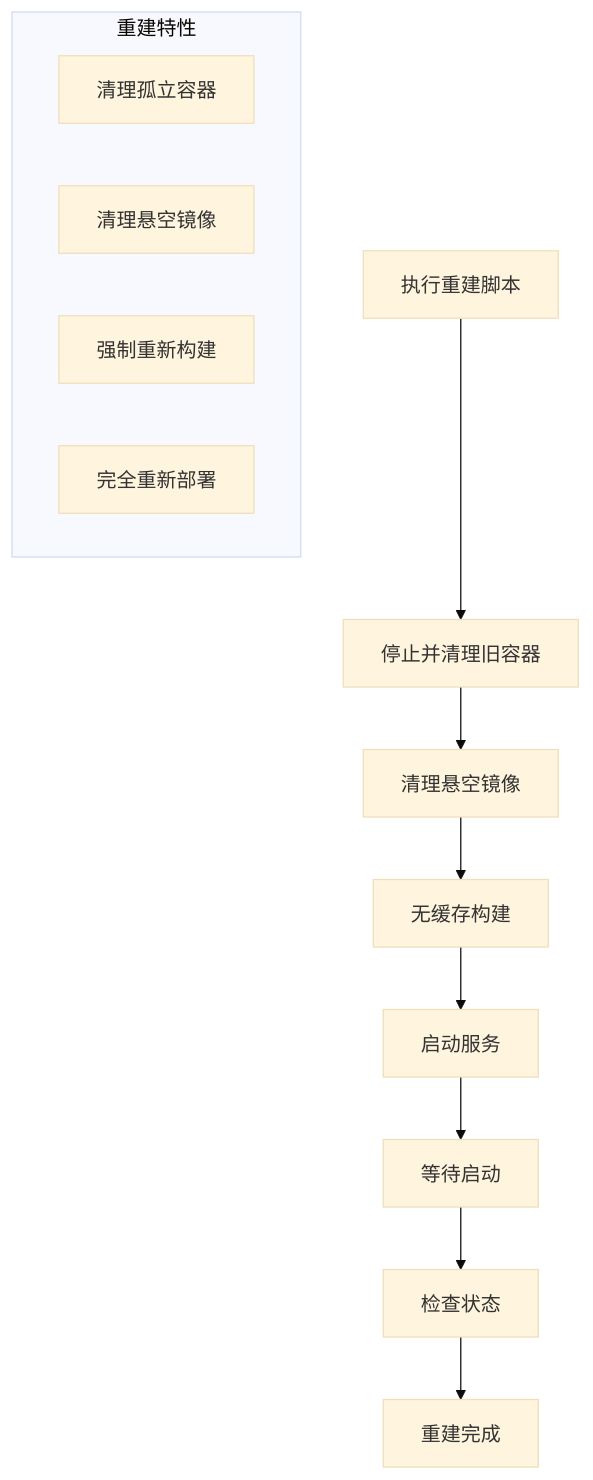
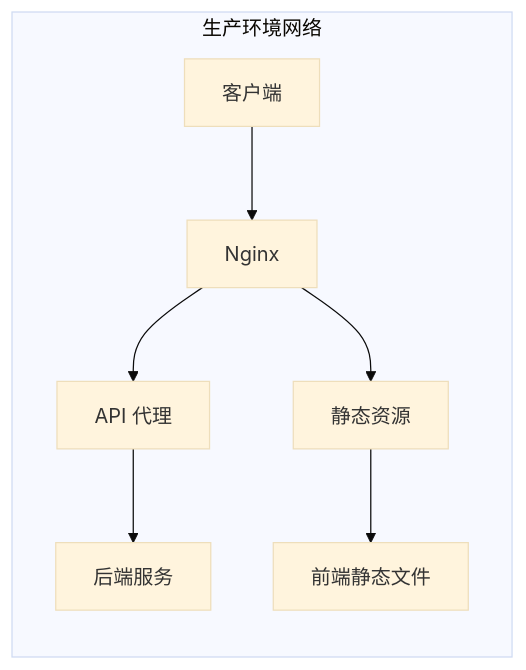
One commit to xfbyxq/ai-novel-system changed the eighth of 14 diagrams in .qoder/repowiki/zh/content/Docker Deployment.md. Above: the diagram before and after it, drawn with Mermaid (base theme). The commit also changed other lines of this file and 8 other files, not shown here.

````diff
--- a/.qoder/repowiki/zh/content/Docker Deployment.md
+++ b/.qoder/repowiki/zh/content/Docker Deployment.md
@@ -354,16 +387,10 @@
 ```mermaid
-flowchart TD
-START[执行重建脚本] --> STOP_CLEAN[停止并清理旧容器]
-STOP_CLEAN --> PRUNE_IMAGES[清理悬空镜像]
-PRUNE_IMAGES --> BUILD_NO_CACHE[无缓存构建]
-BUILD_NO_CACHE --> START_SERVICES[启动服务]
-START_SERVICES --> WAIT[等待启动]
-WAIT --> CHECK_STATUS[检查状态]
-CHECK_STATUS --> DONE[重建完成]
-subgraph "重建特性"
-ORPHAN_CLEAN[清理孤立容器]
-IMAGE_PRUNE[清理悬空镜像]
-NO_CACHE_BUILD[强制重新构建]
-CLEAN_START[完全重新部署]
+graph LR
+subgraph "生产环境网络"
+CLIENT[客户端] --> NGINX[Nginx]
+NGINX --> API[API 代理]
+NGINX --> STATIC[静态资源]
+API --> BACKEND[后端服务]
+STATIC --> FRONTEND[前端静态文件]
 end
 ```
````
